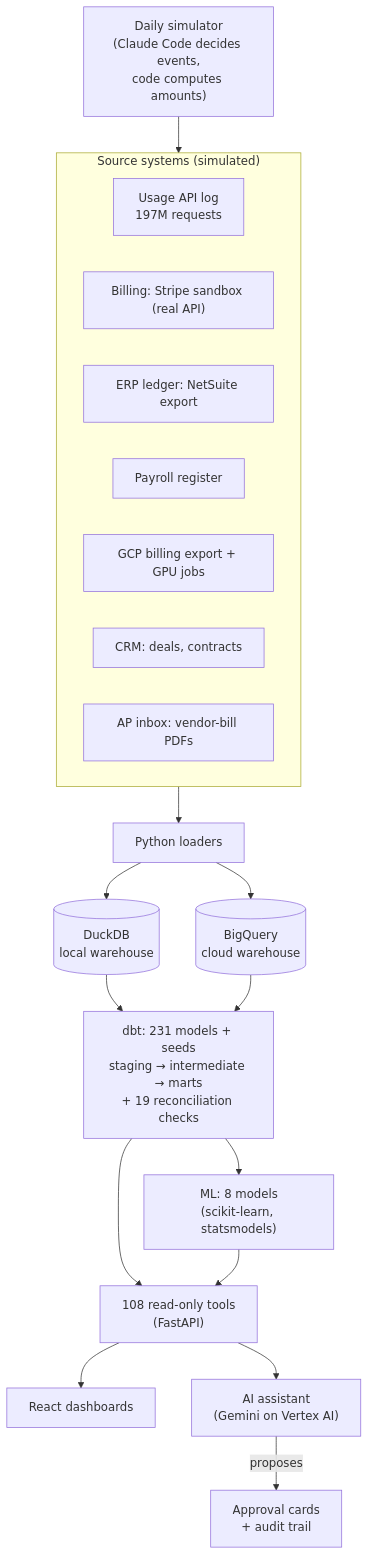
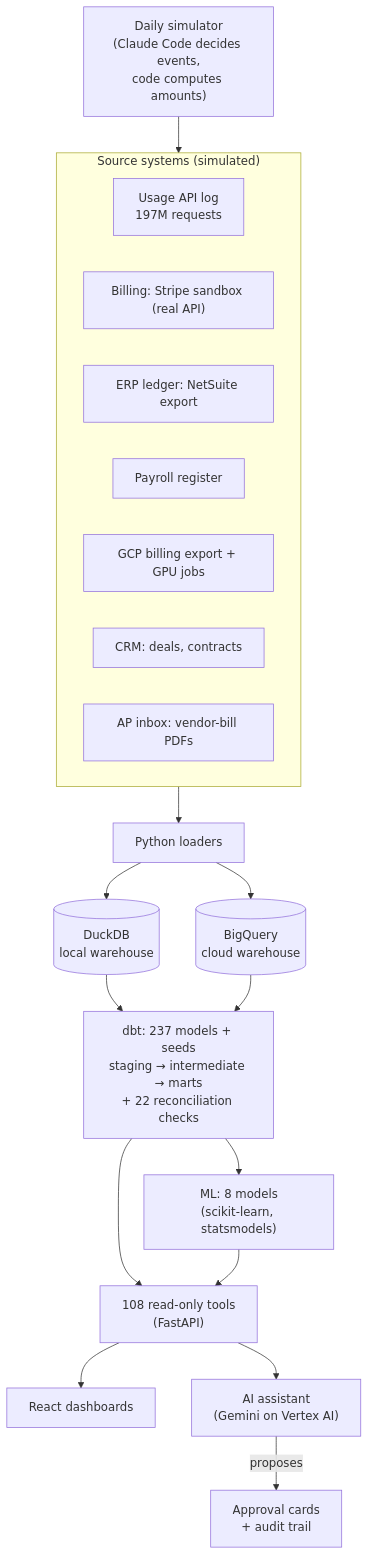
The first of 5 diagrams in README.md (sivram04/finance-os), drawn with Mermaid before and after one commit. The commit also changed other lines of this file and 27 other files, not shown here.

````diff
--- a/README.md
+++ b/README.md
@@ -76,25 +76,25 @@
 ```mermaid
 flowchart TB
   subgraph SRC["Source systems (simulated)"]
     direction LR
     A1["Usage API log<br/>197M requests"]
     A2["Billing: Stripe sandbox (real API)"]
     A3["ERP ledger: NetSuite export"]
     A4["Payroll register"]
     A5["GCP billing export + GPU jobs"]
     A6["CRM: deals, contracts"]
     A7["AP inbox: vendor-bill PDFs"]
   end
   SIM["Daily simulator<br/>(Claude Code decides events,<br/>code computes amounts)"] --> SRC
   SRC --> LOAD["Python loaders"]
   LOAD --> DUCK[("DuckDB<br/>local warehouse")]
   LOAD --> BQ[("BigQuery<br/>cloud warehouse")]
-  DUCK --> DBT["dbt: 231 models + seeds<br/>staging → intermediate → marts<br/>+ 19 reconciliation checks"]
+  DUCK --> DBT["dbt: 237 models + seeds<br/>staging → intermediate → marts<br/>+ 22 reconciliation checks"]
   BQ --> DBT
   DBT --> ML["ML: 8 models<br/>(scikit-learn, statsmodels)"]
   DBT --> TOOLS["108 read-only tools<br/>(FastAPI)"]
   ML --> TOOLS
   TOOLS --> UI["React dashboards"]
   TOOLS --> AI["AI assistant<br/>(Gemini on Vertex AI)"]
   AI -->|"proposes"| APPROVE["Approval cards<br/>+ audit trail"]
 ```
````
